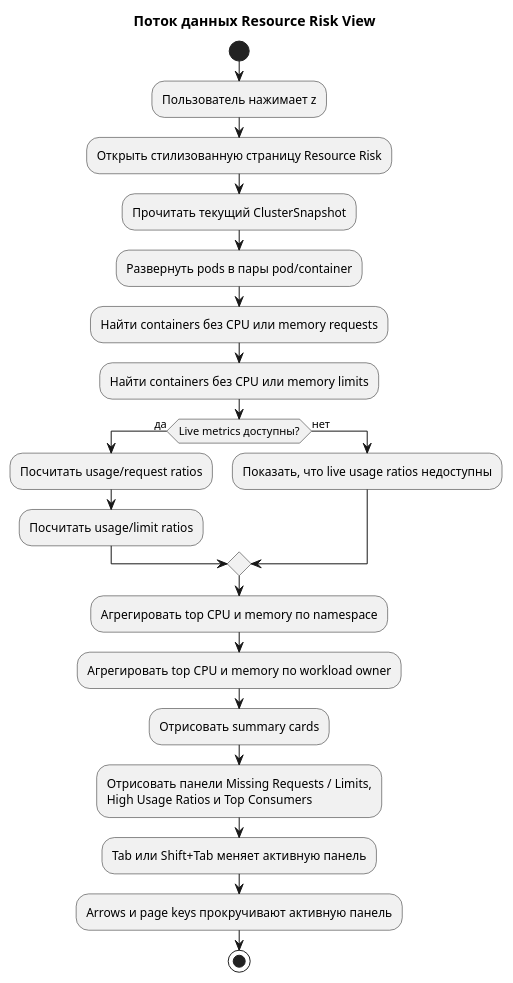
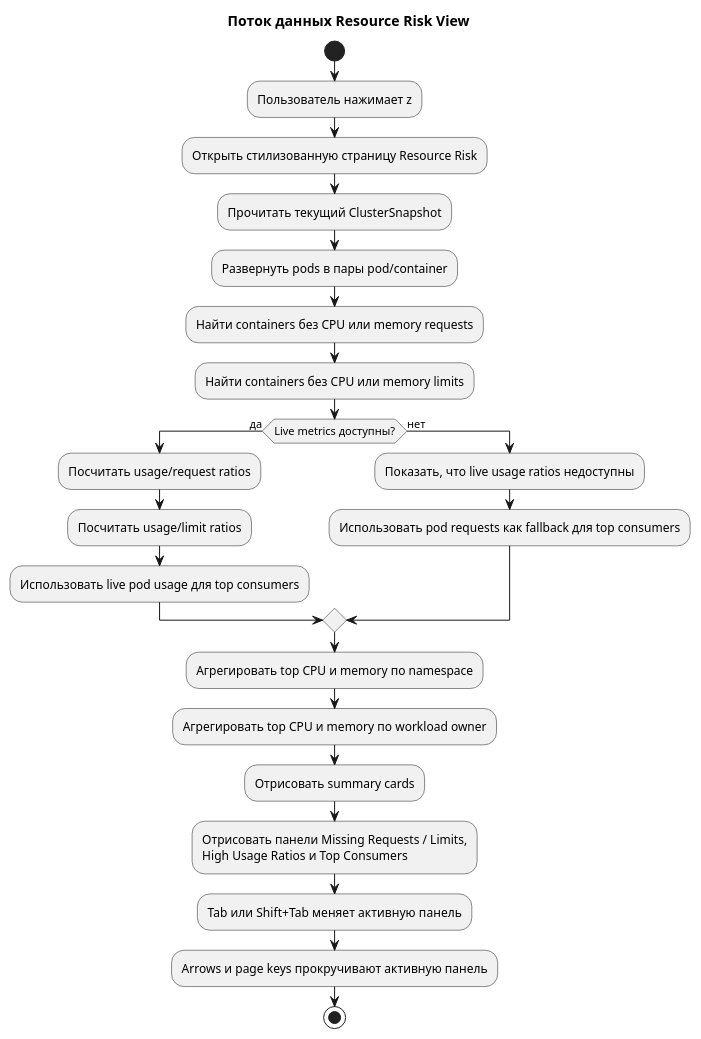
Before and after one commit to dtarasov7/ktop-py: the diagram in diagramms/resource-risk-view-ru.puml, drawn with PlantUML. The commit also changed 16 other files, not shown here.

```diff
--- a/diagramms/resource-risk-view-ru.puml
+++ b/diagramms/resource-risk-view-ru.puml
@@ -1,30 +1,32 @@
 @startuml ktop_py_resource_risk_view_ru
 title Поток данных Resource Risk View
 
 skinparam backgroundColor white
 skinparam shadowing false
 
 start
 :Пользователь нажимает z;
 :Открыть стилизованную страницу Resource Risk;
 :Прочитать текущий ClusterSnapshot;
 :Развернуть pods в пары pod/container;
 
 :Найти containers без CPU или memory requests;
 :Найти containers без CPU или memory limits;
 if (Live metrics доступны?) then (да)
   :Посчитать usage/request ratios;
   :Посчитать usage/limit ratios;
+  :Использовать live pod usage для top consumers;
 else (нет)
   :Показать, что live usage ratios недоступны;
+  :Использовать pod requests как fallback для top consumers;
 endif
 :Агрегировать top CPU и memory по namespace;
 :Агрегировать top CPU и memory по workload owner;
 
 :Отрисовать summary cards;
 :Отрисовать панели Missing Requests / Limits,\nHigh Usage Ratios и Top Consumers;
 :Tab или Shift+Tab меняет активную панель;
 :Arrows и page keys прокручивают активную панель;
 stop
 
 @enduml
```
